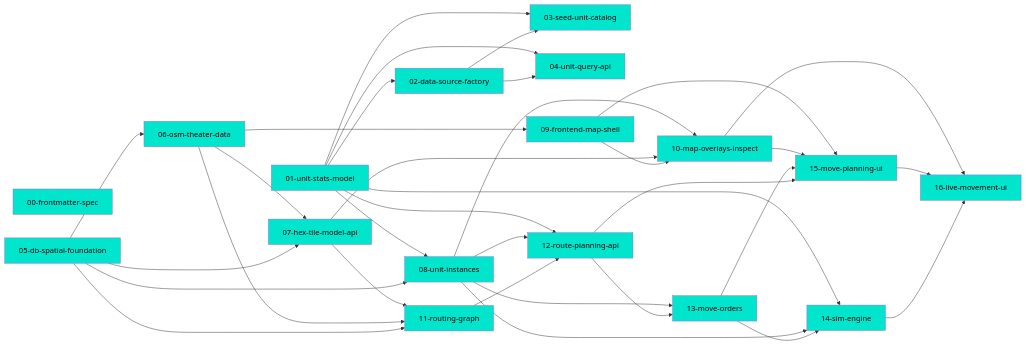
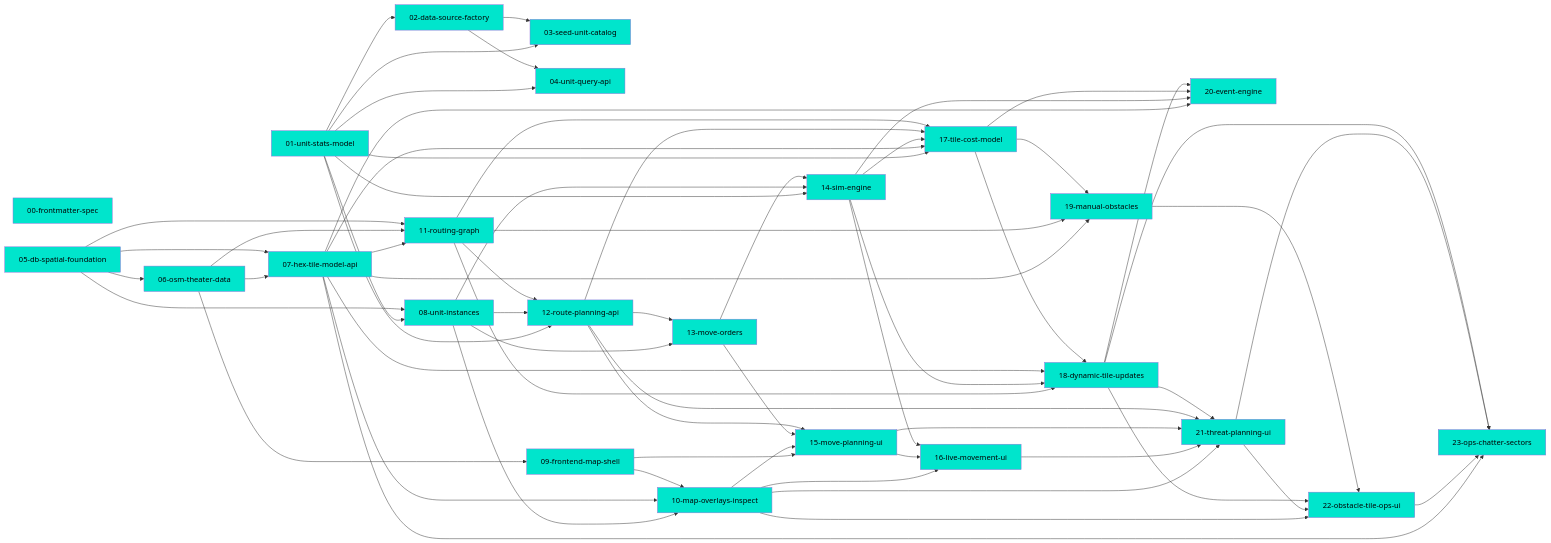
The diagram in .mdd/connections.md (JanderHungrige/Battlefuel), drawn with Mermaid before and after one commit. The commit also changed other lines of this file and 3 other files, not shown here.

First line of the commit message:
chore(mdd): complete Wave 4 — Dynamic Battlefield (7/7 features)

```diff
--- a/.mdd/connections.md
+++ b/.mdd/connections.md
@@ -72,6 +83,13 @@
   14_sim_engine["14-sim-engine"]:::complete
   15_move_planning_ui["15-move-planning-ui"]:::complete
   16_live_movement_ui["16-live-movement-ui"]:::complete
+  17_tile_cost_model["17-tile-cost-model"]:::complete
+  18_dynamic_tile_updates["18-dynamic-tile-updates"]:::complete
+  19_manual_obstacles["19-manual-obstacles"]:::complete
+  20_event_engine["20-event-engine"]:::complete
+  21_threat_planning_ui["21-threat-planning-ui"]:::complete
+  22_obstacle_tile_ops_ui["22-obstacle-tile-ops-ui"]:::complete
+  23_ops_chatter_sectors["23-ops-chatter-sectors"]:::complete
   01_unit_stats_model --> 02_data_source_factory
   02_data_source_factory --> 03_seed_unit_catalog
   01_unit_stats_model --> 03_seed_unit_catalog
@@ -104,6 +122,35 @@
   14_sim_engine --> 16_live_movement_ui
   15_move_planning_ui --> 16_live_movement_ui
   10_map_overlays_inspect --> 16_live_movement_ui
+  11_routing_graph --> 17_tile_cost_model
+  12_route_planning_api --> 17_tile_cost_model
+  14_sim_engine --> 17_tile_cost_model
+  07_hex_tile_model_api --> 17_tile_cost_model
+  01_unit_stats_model --> 17_tile_cost_model
+  17_tile_cost_model --> 18_dynamic_tile_updates
+  07_hex_tile_model_api --> 18_dynamic_tile_updates
+  14_sim_engine --> 18_dynamic_tile_updates
+  11_routing_graph --> 18_dynamic_tile_updates
+  17_tile_cost_model --> 19_manual_obstacles
+  11_routing_graph --> 19_manual_obstacles
+  07_hex_tile_model_api --> 19_manual_obstacles
+  18_dynamic_tile_updates --> 20_event_engine
+  17_tile_cost_model --> 20_event_engine
+  14_sim_engine --> 20_event_engine
+  07_hex_tile_model_api --> 20_event_engine
+  18_dynamic_tile_updates --> 21_threat_planning_ui
+  12_route_planning_api --> 21_threat_planning_ui
+  15_move_planning_ui --> 21_threat_planning_ui
+  16_live_movement_ui --> 21_threat_planning_ui
+  10_map_overlays_inspect --> 21_threat_planning_ui
+  19_manual_obstacles --> 22_obstacle_tile_ops_ui
+  18_dynamic_tile_updates --> 22_obstacle_tile_ops_ui
+  21_threat_planning_ui --> 22_obstacle_tile_ops_ui
+  10_map_overlays_inspect --> 22_obstacle_tile_ops_ui
+  18_dynamic_tile_updates --> 23_ops_chatter_sectors
+  21_threat_planning_ui --> 23_ops_chatter_sectors
+  22_obstacle_tile_ops_ui --> 23_ops_chatter_sectors
+  07_hex_tile_model_api --> 23_ops_chatter_sectors
   classDef complete fill:#00e5cc,color:#000
   classDef in_progress fill:#ffaa00,color:#000
   classDef draft fill:#888,color:#fff
```
